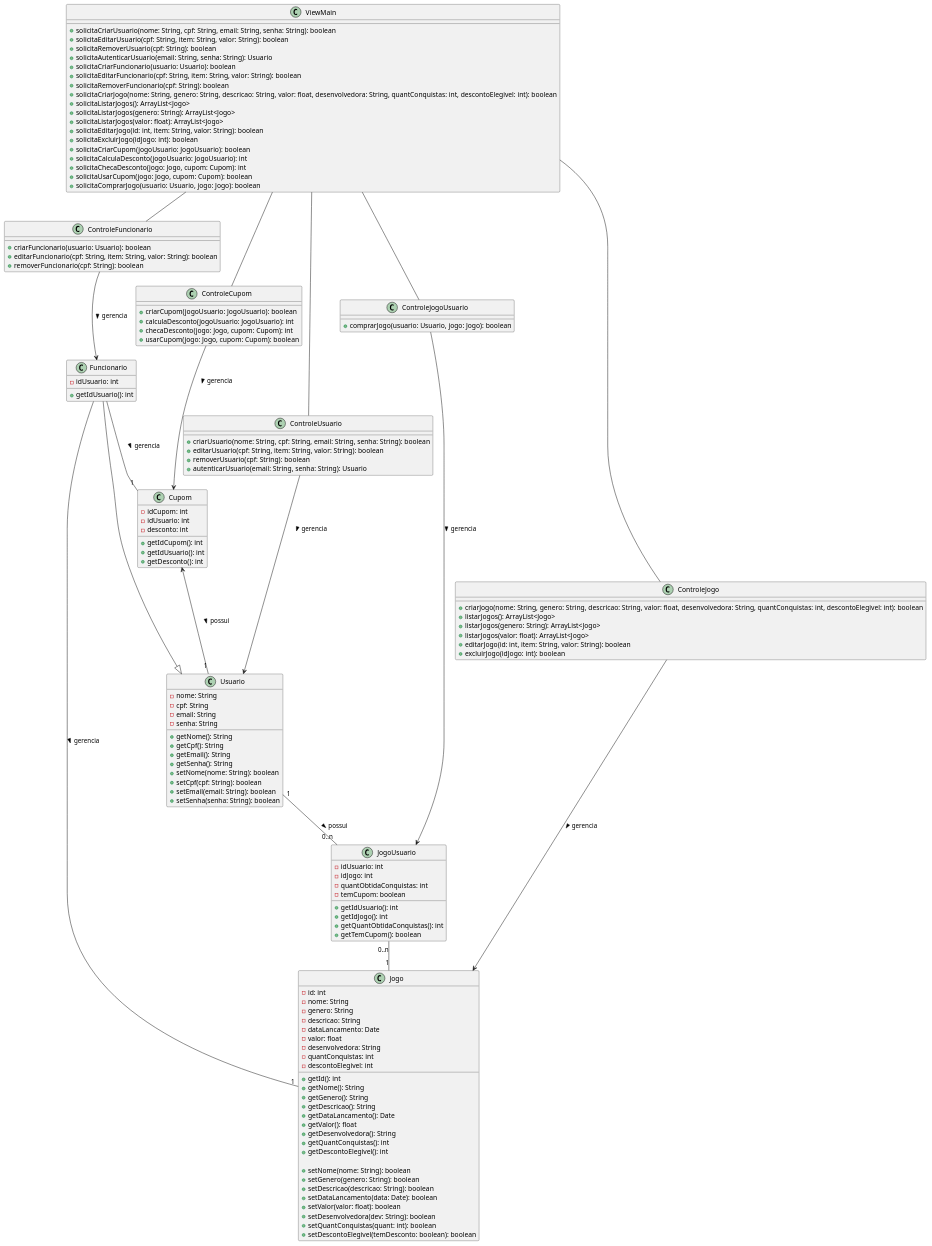
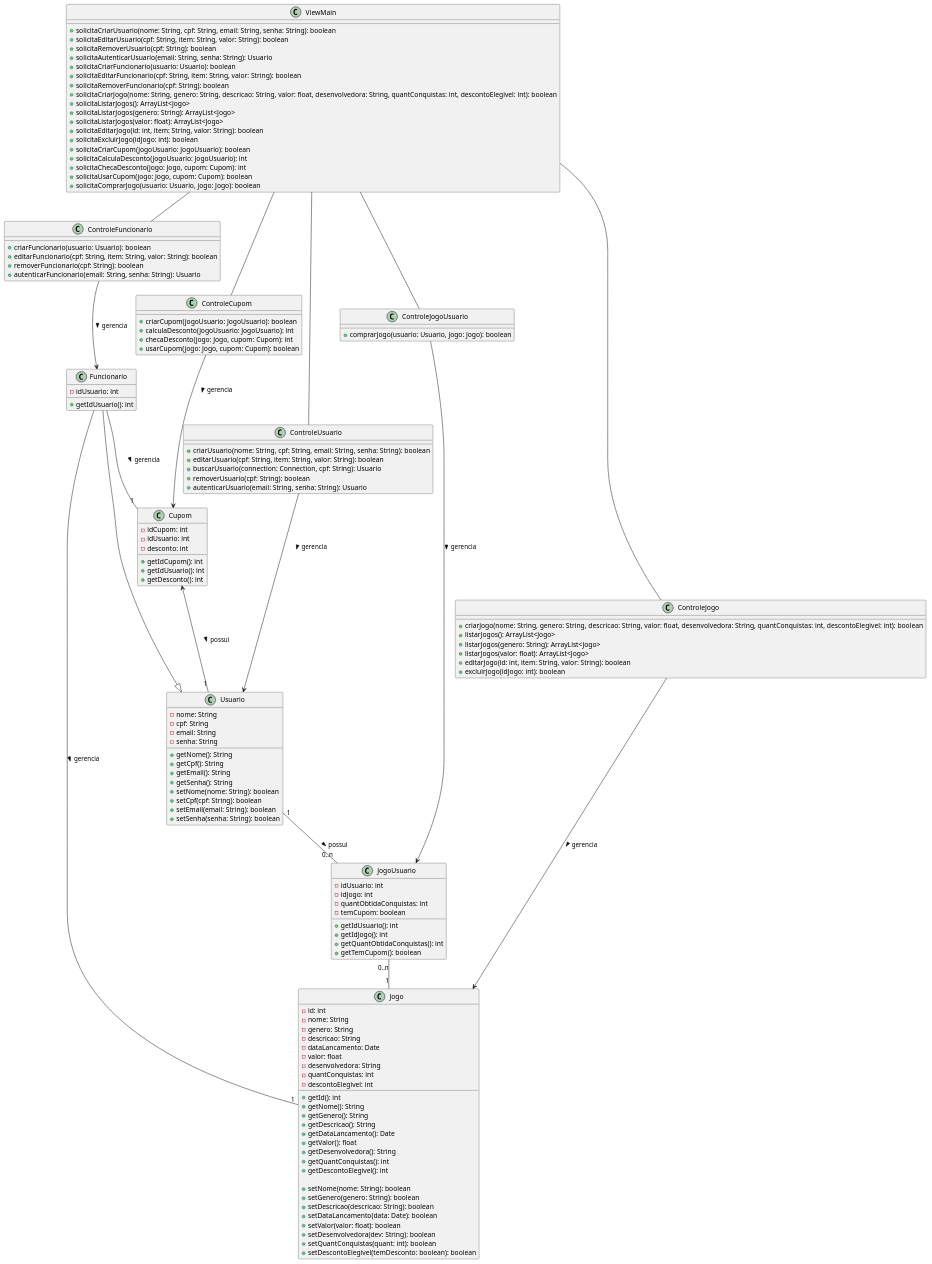
The diagram in ProjetoPDS/desc/DiagramaDeClasses.iuml (queirozPedro/PlatinumPlus), drawn with PlantUML before and after one commit. The commit also changed 3 other files, not shown here.

```diff
--- a/ProjetoPDS/desc/DiagramaDeClasses.iuml
+++ b/ProjetoPDS/desc/DiagramaDeClasses.iuml
@@ -1,162 +1,164 @@
 @startuml "Diagrama de Classes"
 
 class Usuario{
     -nome: String
     -cpf: String
     -email: String
     -senha: String
 
     +getNome(): String
     +getCpf(): String
     +getEmail(): String
     +getSenha(): String
     +setNome(nome: String): boolean
     +setCpf(cpf: String): boolean
     +setEmail(email: String): boolean
     +setSenha(senha: String): boolean
 }
 
 class Funcionario{
     -idUsuario: int
 
     +getIdUsuario(): int
 }
 
 Funcionario --|> Usuario
 
 class Jogo{
     -id: int
     -nome: String
     -genero: String
     -descricao: String
     -dataLancamento: Date
     -valor: float
     -desenvolvedora: String
     -quantConquistas: int
     -descontoElegivel: int
 
     +getId(): int
     +getNome(): String
     +getGenero(): String
     +getDescricao(): String
     +getDataLancamento(): Date
     +getValor(): float
     +getDesenvolvedora(): String
     +getQuantConquistas(): int
     +getDescontoElegivel(): int
 
     +setNome(nome: String): boolean
     +setGenero(genero: String): boolean 
     +setDescricao(descricao: String): boolean
     +setDataLancamento(data: Date): boolean
     +setValor(valor: float): boolean
     +setDesenvolvedora(dev: String): boolean
     +setQuantConquistas(quant: int): boolean
     +setDescontoElegivel(temDesconto: boolean): boolean
 }
 
 class Cupom{
     -idCupom: int
     -idUsuario: int
     -desconto: int
 
     +getIdCupom(): int
     +getIdUsuario(): int
     +getDesconto(): int
 }
 
 Cupom <-- "1" Usuario: possui >
 Funcionario -- "1" Jogo: gerencia >
 Funcionario -- "1" Cupom: gerencia >
 
 class JogoUsuario{
     -idUsuario: int
     -idJogo: int
     -quantObtidaConquistas: int
     -temCupom: boolean
 
     +getIdUsuario(): int
     +getIdJogo(): int
     +getQuantObtidaConquistas(): int
     +getTemCupom(): boolean
 }
 
 Usuario "1" -- "0..n" JogoUsuario: possui >
 JogoUsuario "0..n" -- "1" Jogo
 
 ' Controle
 
 class ControleUsuario{
     +criarUsuario(nome: String, cpf: String, email: String, senha: String): boolean
     +editarUsuario(cpf: String, item: String, valor: String): boolean
+    +buscarUsuario(connection: Connection, cpf: String): Usuario
     +removerUsuario(cpf: String): boolean
     +autenticarUsuario(email: String, senha: String): Usuario
 }
 
 ControleUsuario --> Usuario: gerencia >
 
 class ControleFuncionario{
     +criarFuncionario(usuario: Usuario): boolean
     +editarFuncionario(cpf: String, item: String, valor: String): boolean
     +removerFuncionario(cpf: String): boolean
+    +autenticarFuncionario(email: String, senha: String): Usuario
 }
 
 ControleFuncionario --> Funcionario: gerencia >
 
 class ControleJogo{
     +criarJogo(nome: String, genero: String, descricao: String, valor: float, desenvolvedora: String, quantConquistas: int, descontoElegivel: int): boolean
     +listarJogos(): ArrayList<Jogo>
     +listarJogos(genero: String): ArrayList<Jogo>
     +listarJogos(valor: float): ArrayList<Jogo>
     +editarJogo(id: int, item: String, valor: String): boolean
     +excluirJogo(idJogo: int): boolean
 }
 
 ControleJogo --> Jogo: gerencia > 
 
 class ControleCupom{
     +criarCupom(jogoUsuario: JogoUsuario): boolean
     +calculaDesconto(jogoUsuario: JogoUsuario): int
     +checaDesconto(jogo: Jogo, cupom: Cupom): int
     +usarCupom(jogo: Jogo, cupom: Cupom): boolean
 }
 
 ControleCupom --> Cupom: gerencia >
 
 class ControleJogoUsuario{
     +comprarJogo(usuario: Usuario, jogo: Jogo): boolean
 }
 
 ControleJogoUsuario --> JogoUsuario: gerencia >
 
 ' View
 
 class ViewMain{
     +solicitaCriarUsuario(nome: String, cpf: String, email: String, senha: String): boolean
     +solicitaEditarUsuario(cpf: String, item: String, valor: String): boolean
     +solicitaRemoverUsuario(cpf: String): boolean
     +solicitaAutenticarUsuario(email: String, senha: String): Usuario    
     +solicitaCriarFuncionario(usuario: Usuario): boolean
     +solicitaEditarFuncionario(cpf: String, item: String, valor: String): boolean
     +solicitaRemoverFuncionario(cpf: String): boolean
     +solicitaCriarJogo(nome: String, genero: String, descricao: String, valor: float, desenvolvedora: String, quantConquistas: int, descontoElegivel: int): boolean
     +solicitaListarJogos(): ArrayList<Jogo>
     +solicitaListarJogos(genero: String): ArrayList<Jogo>
     +solicitaListarJogos(valor: float): ArrayList<Jogo>
     +solicitaEditarJogo(id: int, item: String, valor: String): boolean
     +solicitaExcluirJogo(idJogo: int): boolean
     +solicitaCriarCupom(jogoUsuario: JogoUsuario): boolean
     +solicitaCalculaDesconto(jogoUsuario: JogoUsuario): int
     +solicitaChecaDesconto(jogo: Jogo, cupom: Cupom): int
     +solicitaUsarCupom(jogo: Jogo, cupom: Cupom): boolean
     +solicitaComprarJogo(usuario: Usuario, jogo: Jogo): boolean
 }
 
 ViewMain -- ControleCupom
 ViewMain -- ControleFuncionario
 ViewMain -- ControleJogo
 ViewMain -- ControleJogoUsuario
 ViewMain -- ControleUsuario
 
 
 @enduml
```
